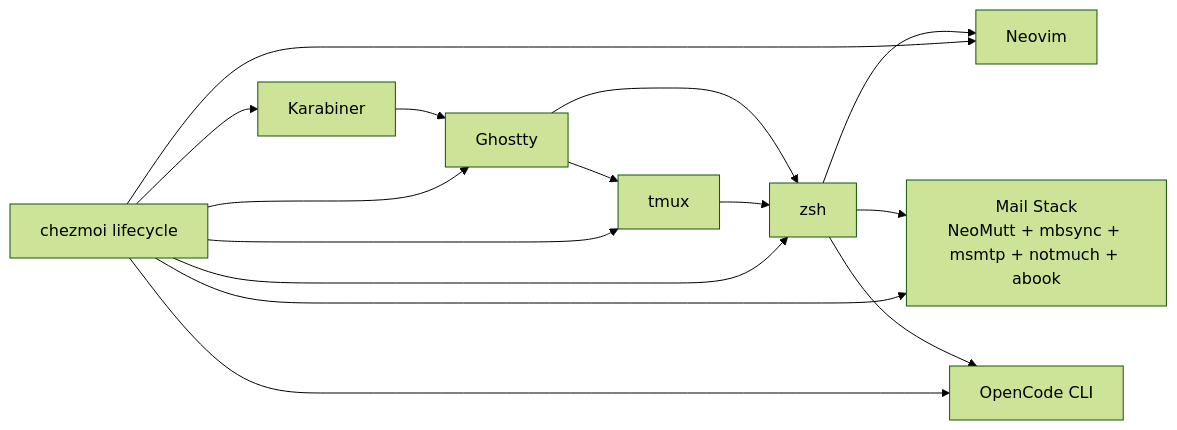
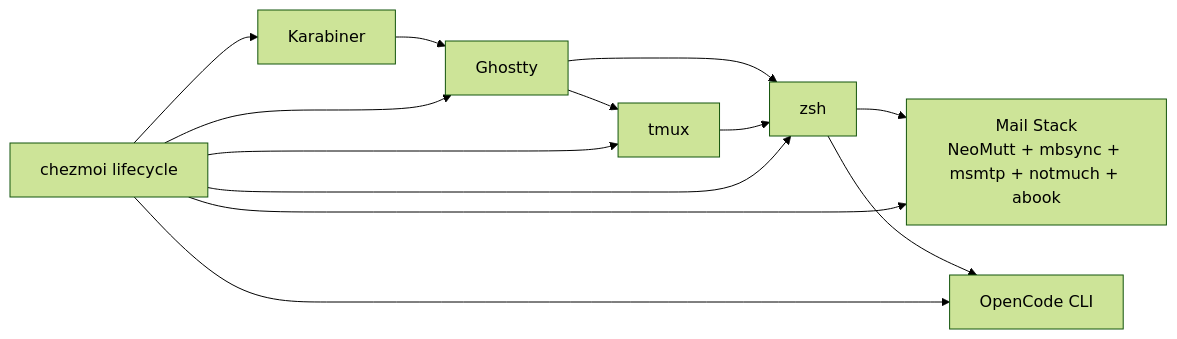
One commit to Rantaplanb/dotfiles changed the diagram in docs/architecture/overview.md. Above: the diagram before and after it, drawn with Mermaid (forest theme). The commit also changed other lines of this file and 78 other files, not shown here.

````diff
--- a/docs/architecture/overview.md
+++ b/docs/architecture/overview.md
@@ -7,17 +7,15 @@
 ```mermaid
 flowchart LR
   K[Karabiner] --> G[Ghostty]
   G --> T[tmux]
   G --> Z[zsh]
   T --> Z
-  Z --> N[Neovim]
   Z --> M[Mail Stack\nNeoMutt + mbsync + msmtp + notmuch + abook]
   Z --> O[OpenCode CLI]
   C[chezmoi lifecycle] --> Z
-  C --> N
   C --> M
   C --> O
   C --> K
   C --> G
   C --> T
 ```
````
